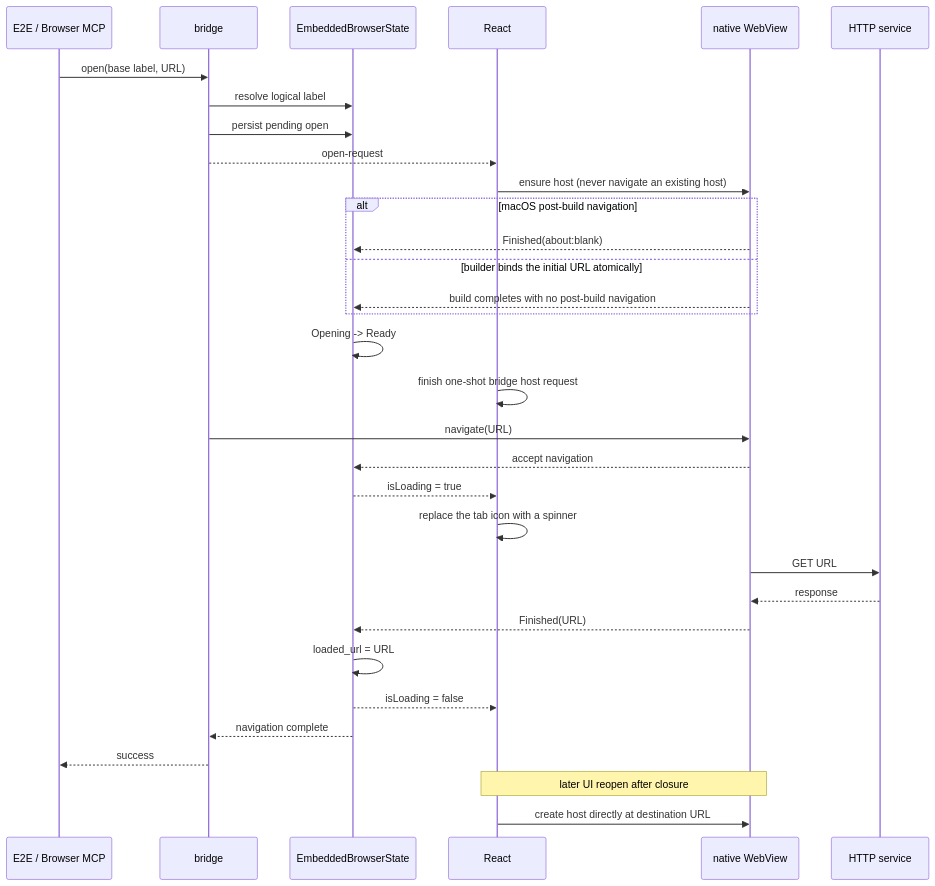
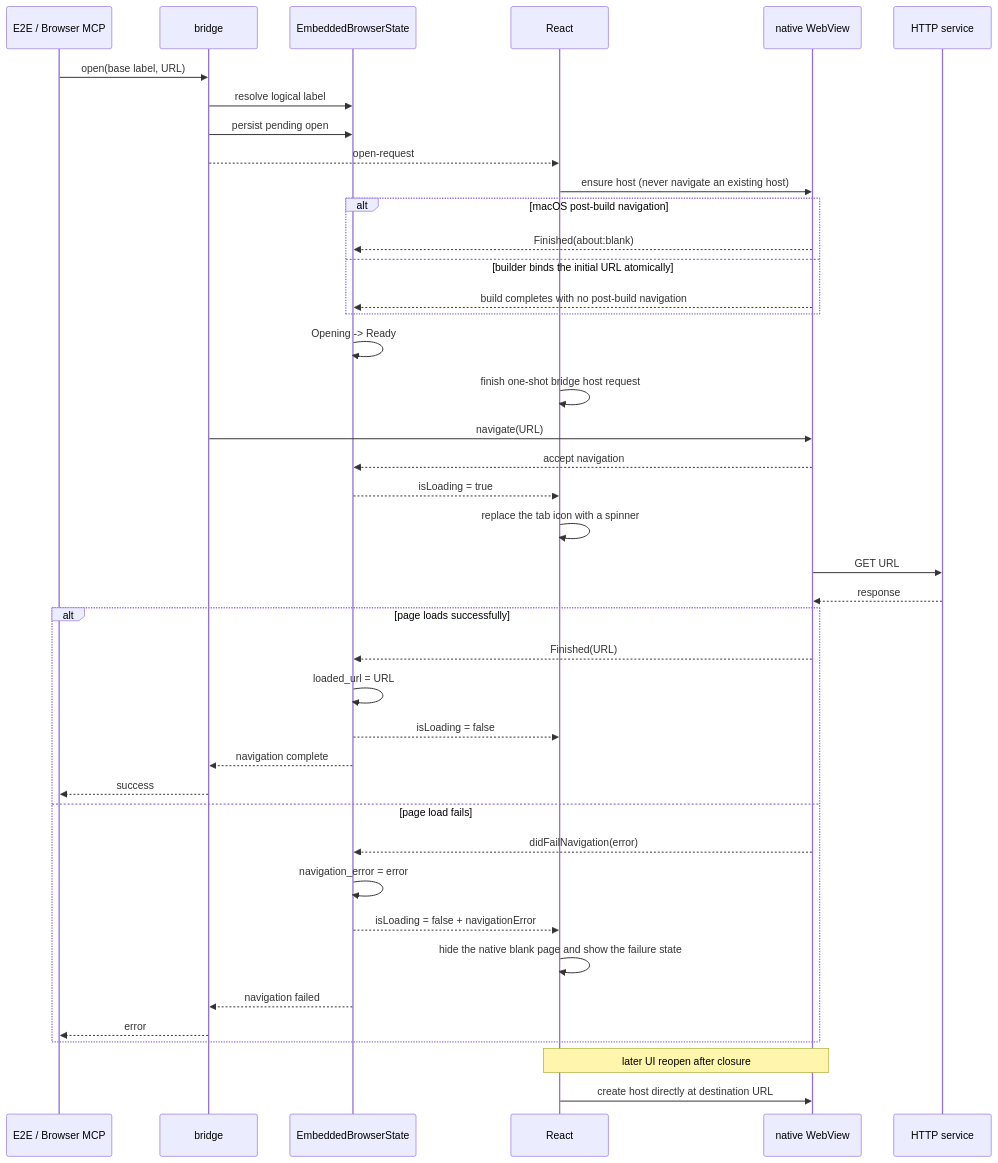
One commit to wecode-ai/Wegent changed the second of 2 diagrams in docs/en/architecture/embedded-browser.md. Above: the diagram before and after it, drawn with Mermaid. The commit also changed other lines of this file and 10 other files, not shown here.

Commit message:
fix(wework): show browser navigation failures

````diff
--- a/docs/en/architecture/embedded-browser.md
+++ b/docs/en/architecture/embedded-browser.md
@@ -33,36 +36,45 @@
 ```mermaid
 sequenceDiagram
     participant C as E2E / Browser MCP
     participant B as bridge
     participant S as EmbeddedBrowserState
     participant R as React
     participant W as native WebView
     participant H as HTTP service
 
     C->>B: open(base label, URL)
     B->>S: resolve logical label
     B->>S: persist pending open
     B-->>R: open-request
     R->>W: ensure host (never navigate an existing host)
     alt macOS post-build navigation
         W-->>S: Finished(about:blank)
     else builder binds the initial URL atomically
         W-->>S: build completes with no post-build navigation
     end
     S->>S: Opening -> Ready
     R->>R: finish one-shot bridge host request
     B->>W: navigate(URL)
     W-->>S: accept navigation
     S-->>R: isLoading = true
     R->>R: replace the tab icon with a spinner
     W->>H: GET URL
     H-->>W: response
-    W-->>S: Finished(URL)
-    S->>S: loaded_url = URL
-    S-->>R: isLoading = false
-    S-->>B: navigation complete
-    B-->>C: success
+    alt page loads successfully
+        W-->>S: Finished(URL)
+        S->>S: loaded_url = URL
+        S-->>R: isLoading = false
+        S-->>B: navigation complete
+        B-->>C: success
+    else page load fails
+        W-->>S: didFailNavigation(error)
+        S->>S: navigation_error = error
+        S-->>R: isLoading = false + navigationError
+        R->>R: hide the native blank page and show the failure state
+        S-->>B: navigation failed
+        B-->>C: error
+    end
 
     Note over R,W: later UI reopen after closure
     R->>W: create host directly at destination URL
 ```
````
